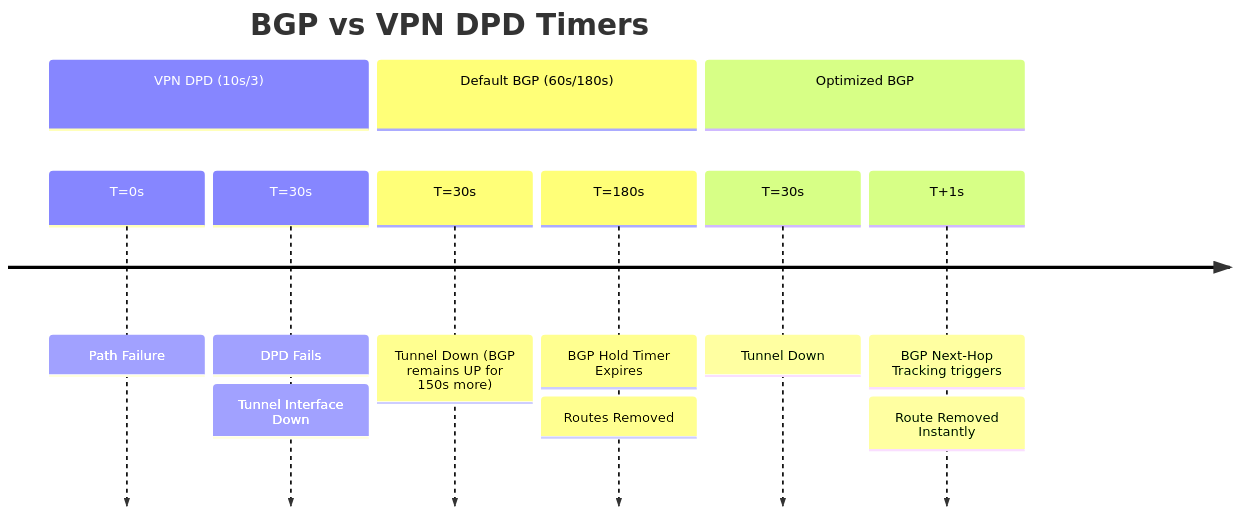
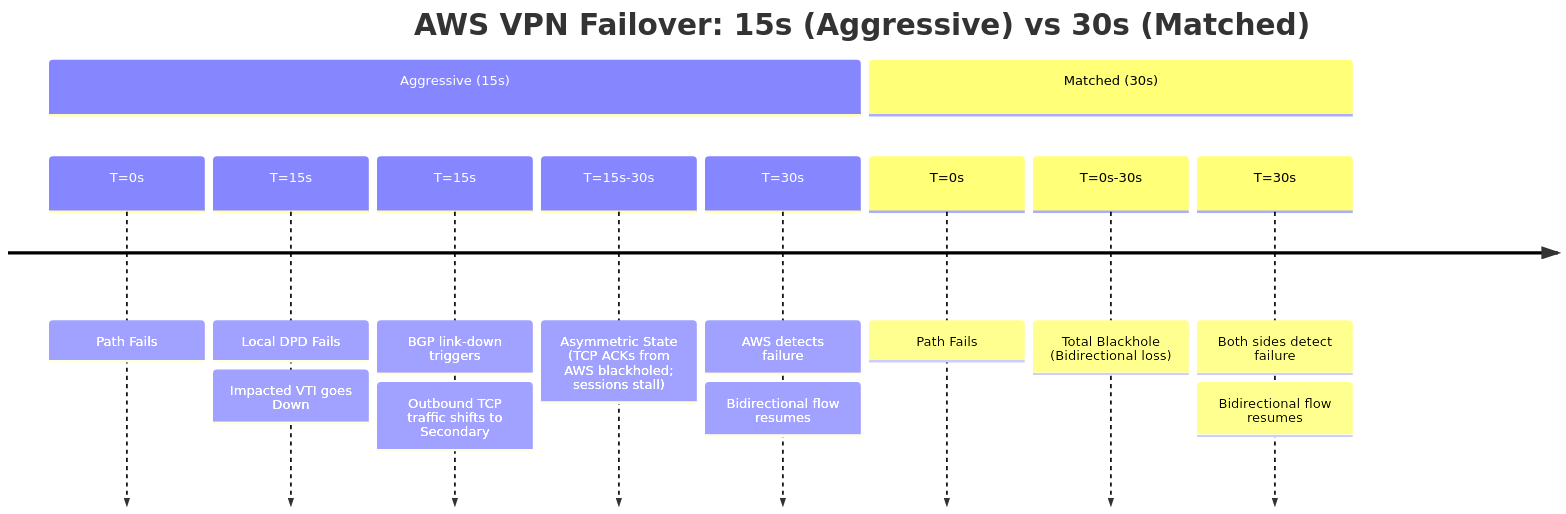
Before and after one commit to neil-booker-cko/docs: the diagram in bgp_vpn_optimization.md, drawn with Mermaid. The commit also changed other lines of this file and 1 other file, not shown here.

Commit message:
Added VPN BGP Optimization and Troubleshooting Guides

````diff
--- a/bgp_vpn_optimization.md
+++ b/bgp_vpn_optimization.md
@@ -20,13 +27,14 @@
 ```mermaid
 timeline
-    title BGP vs VPN DPD Timers
-    section VPN DPD (10s/3)
-        T=0s : Path Failure
-        T=30s : DPD Fails : Tunnel Interface Down
-    section Default BGP (60s/180s)
-        T=30s : Tunnel Down (BGP remains UP for 150s more)
-        T=180s : BGP Hold Timer Expires : Routes Removed
-    section Optimized BGP
-        T=30s : Tunnel Down
-        T+1s : BGP Next-Hop Tracking triggers : Route Removed Instantly
+    title AWS VPN Failover: 15s (Aggressive) vs 30s (Matched)
+    section Aggressive (15s)
+        T=0s : Path Fails
+        T=15s : Local DPD Fails : Impacted VTI goes Down
+        T=15s : BGP link-down triggers : Outbound TCP traffic shifts to Secondary
+        T=15s-30s : Asymmetric State (TCP ACKs from AWS blackholed; sessions stall)
+        T=30s : AWS detects failure : Bidirectional flow resumes
+    section Matched (30s)
+        T=0s : Path Fails
+        T=0s-30s : Total Blackhole (Bidirectional loss)
+        T=30s : Both sides detect failure : Bidirectional flow resumes
 ```
````
